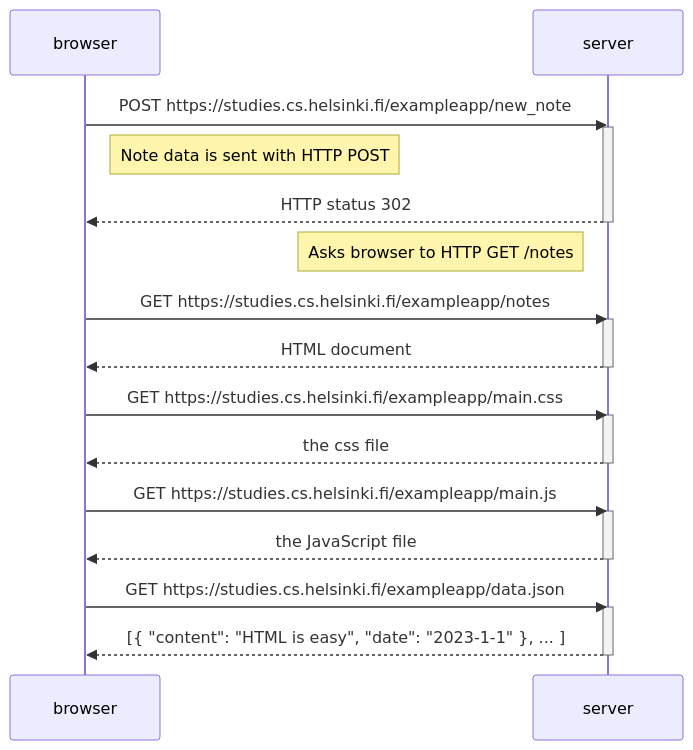
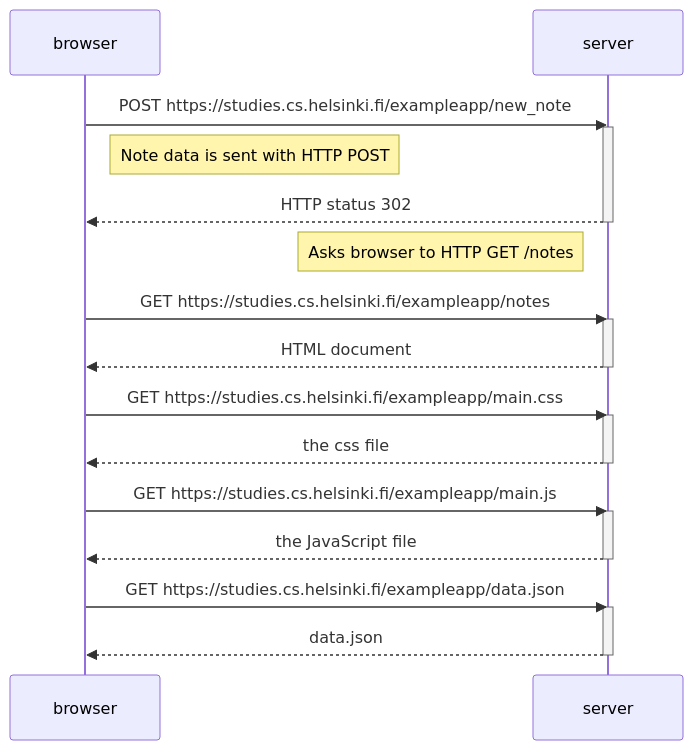
One commit to arvidkullhammar/Fullstack-Open changed the diagram in part0/0.4.md. Above: the diagram before and after it, drawn with Mermaid.

````diff
--- a/part0/0.4.md
+++ b/part0/0.4.md
@@ -1,36 +1,36 @@
 ```mermaid
 sequenceDiagram
     participant browser
     participant server
 
     browser->>server: POST https://studies.cs.helsinki.fi/exampleapp/new_note
     activate server
 
    Note right of browser: Note data is sent with HTTP POST
 
     server-->>browser: HTTP status 302
     deactivate server
 
        Note left of server: Asks browser to HTTP GET /notes
 
     browser->>server: GET https://studies.cs.helsinki.fi/exampleapp/notes
     activate server
     server-->>browser: HTML document
     deactivate server
 
     browser->>server: GET https://studies.cs.helsinki.fi/exampleapp/main.css
     activate server
     server-->>browser: the css file
     deactivate server
 
     browser->>server: GET https://studies.cs.helsinki.fi/exampleapp/main.js
     activate server
     server-->>browser: the JavaScript file
     deactivate server
 
 
     browser->>server: GET https://studies.cs.helsinki.fi/exampleapp/data.json
     activate server
-    server-->>browser: [{ "content": "HTML is easy", "date": "2023-1-1" }, ... ]
+    server-->>browser: data.json
     deactivate server
 ```
````
